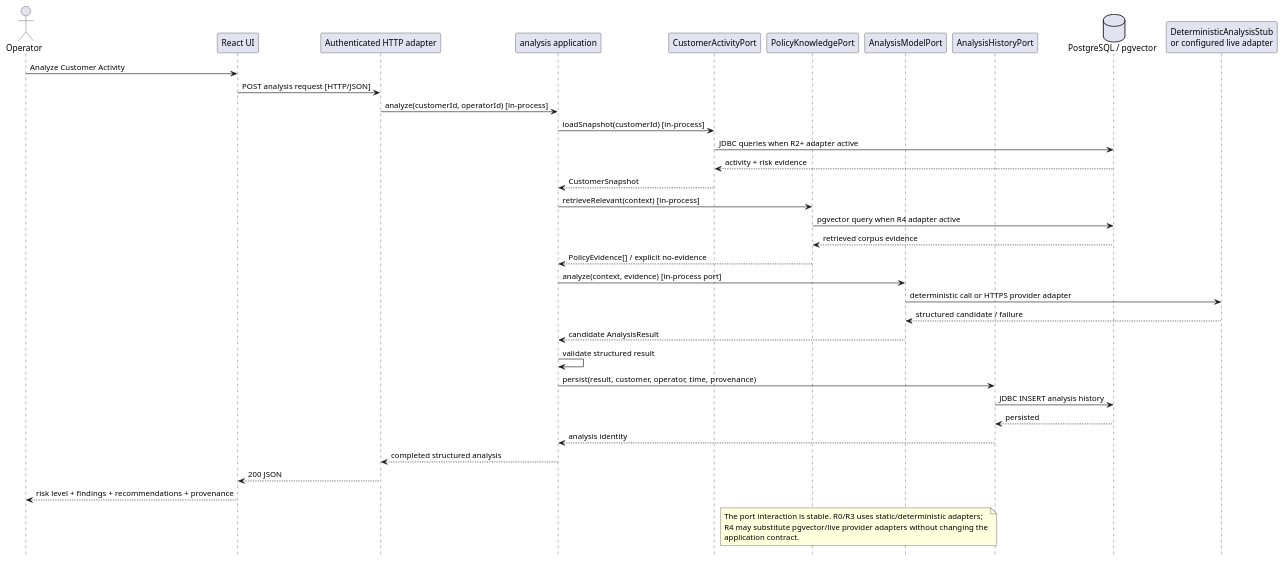
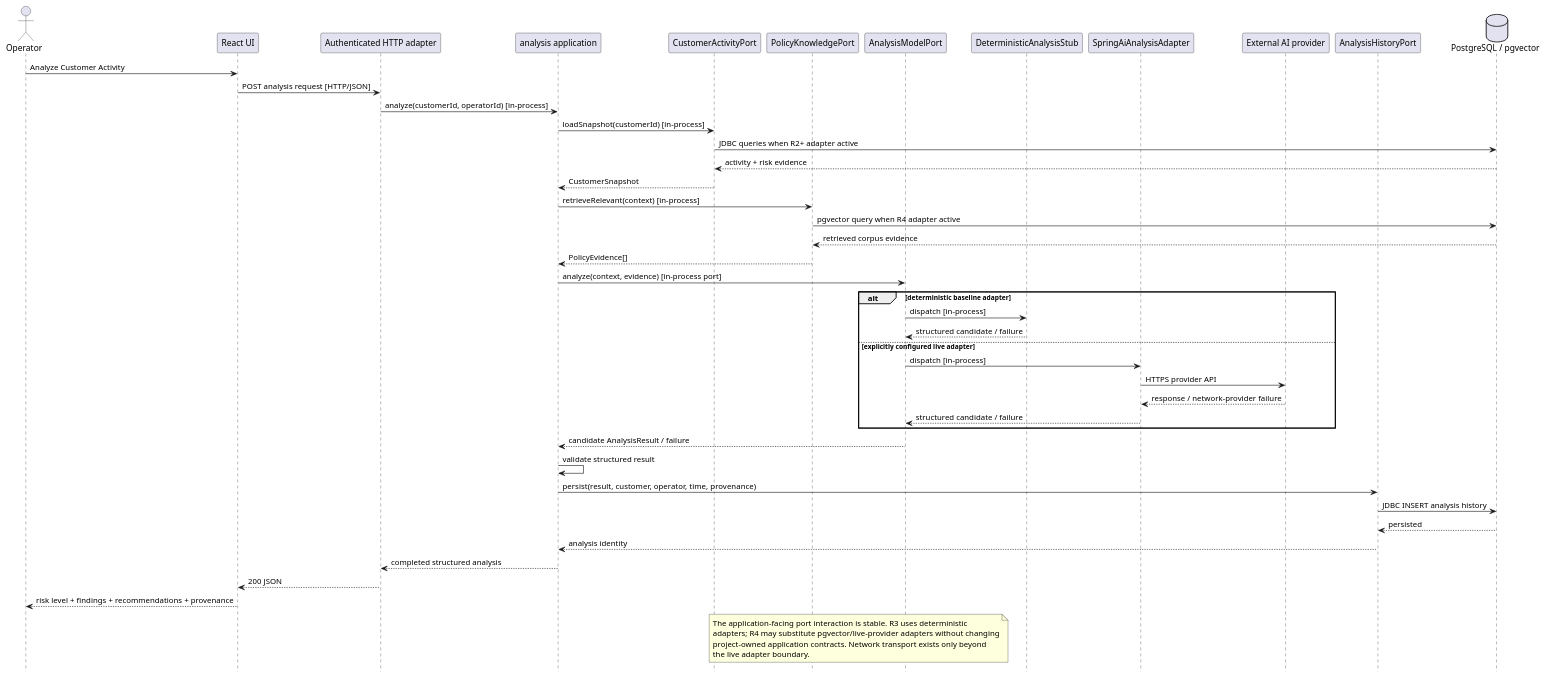
One commit to jdoe-dev-159753/specgraph-reference-app changed the diagram in docs/assignment/SDD/diagrams/sequence-analysis.puml. Above: the diagram before and after it, drawn with PlantUML.

Commit message:
docs: place provider HTTPS beyond live adapter boundary

```diff
--- a/docs/assignment/SDD/diagrams/sequence-analysis.puml
+++ b/docs/assignment/SDD/diagrams/sequence-analysis.puml
@@ -1,43 +1,53 @@
 @startuml
 hide footbox
 actor Operator
 participant "React UI" as UI
 participant "Authenticated HTTP adapter" as Http
 participant "analysis application" as Analysis
 participant "CustomerActivityPort" as Activity
 participant "PolicyKnowledgePort" as Policy
 participant "AnalysisModelPort" as Model
+participant "DeterministicAnalysisStub" as Deterministic
+participant "SpringAiAnalysisAdapter" as LiveAdapter
+participant "External AI provider" as Provider
 participant "AnalysisHistoryPort" as History
 database "PostgreSQL / pgvector" as DB
-participant "DeterministicAnalysisStub\nor configured live adapter" as ModelAdapter
 
 Operator -> UI : Analyze Customer Activity
 UI -> Http : POST analysis request [HTTP/JSON]
 Http -> Analysis : analyze(customerId, operatorId) [in-process]
 Analysis -> Activity : loadSnapshot(customerId) [in-process]
 Activity -> DB : JDBC queries when R2+ adapter active
 DB --> Activity : activity + risk evidence
 Activity --> Analysis : CustomerSnapshot
 Analysis -> Policy : retrieveRelevant(context) [in-process]
 Policy -> DB : pgvector query when R4 adapter active
 DB --> Policy : retrieved corpus evidence
-Policy --> Analysis : PolicyEvidence[] / explicit no-evidence
+Policy --> Analysis : PolicyEvidence[]
 Analysis -> Model : analyze(context, evidence) [in-process port]
-Model -> ModelAdapter : deterministic call or HTTPS provider adapter
-ModelAdapter --> Model : structured candidate / failure
-Model --> Analysis : candidate AnalysisResult
+alt deterministic baseline adapter
+  Model -> Deterministic : dispatch [in-process]
+  Deterministic --> Model : structured candidate / failure
+else explicitly configured live adapter
+  Model -> LiveAdapter : dispatch [in-process]
+  LiveAdapter -> Provider : HTTPS provider API
+  Provider --> LiveAdapter : response / network-provider failure
+  LiveAdapter --> Model : structured candidate / failure
+end
+Model --> Analysis : candidate AnalysisResult / failure
 Analysis -> Analysis : validate structured result
 Analysis -> History : persist(result, customer, operator, time, provenance)
 History -> DB : JDBC INSERT analysis history
 DB --> History : persisted
 History --> Analysis : analysis identity
 Analysis --> Http : completed structured analysis
 Http --> UI : 200 JSON
 UI --> Operator : risk level + findings + recommendations + provenance
 
 note over Policy,Model
-  The port interaction is stable. R0/R3 uses static/deterministic adapters;
-  R4 may substitute pgvector/live provider adapters without changing the
-  application contract.
+  The application-facing port interaction is stable. R3 uses deterministic
+  adapters; R4 may substitute pgvector/live-provider adapters without changing
+  project-owned application contracts. Network transport exists only beyond
+  the live adapter boundary.
 end note
 @enduml
```
